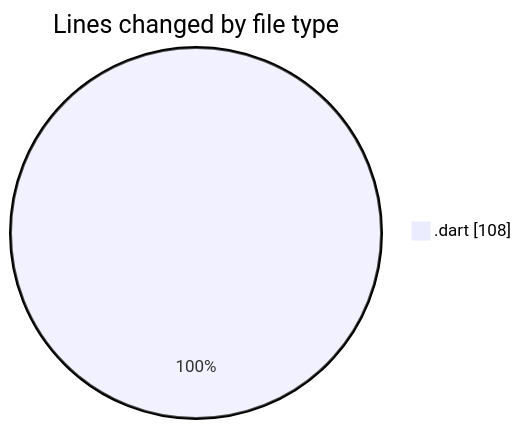
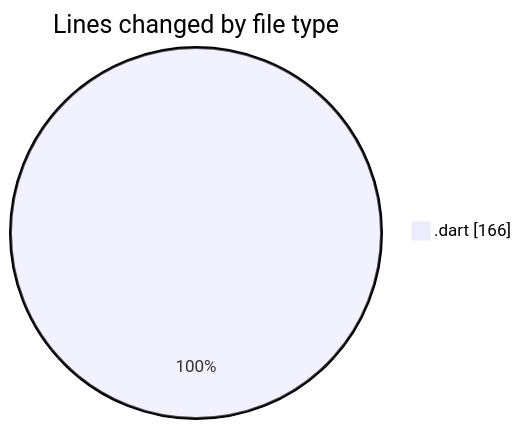
One commit to lephambinh05/code-tracking changed the first of 2 diagrams in 2025-08-05/studybuddy/README.md. Above: the diagram before and after it, drawn with Mermaid. The commit also changed other lines of this file and 1 other file, not shown here.

````diff
--- a/2025-08-05/studybuddy/README.md
+++ b/2025-08-05/studybuddy/README.md
@@ -22,5 +22,5 @@
 ```mermaid
 pie showData
 title Lines changed by file type
-".dart" : 108
+".dart" : 166
 ```
````
